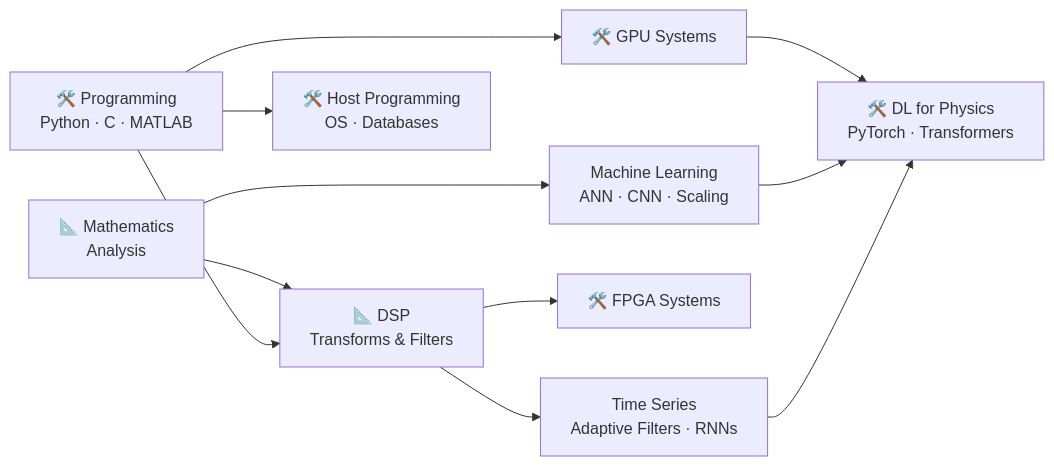
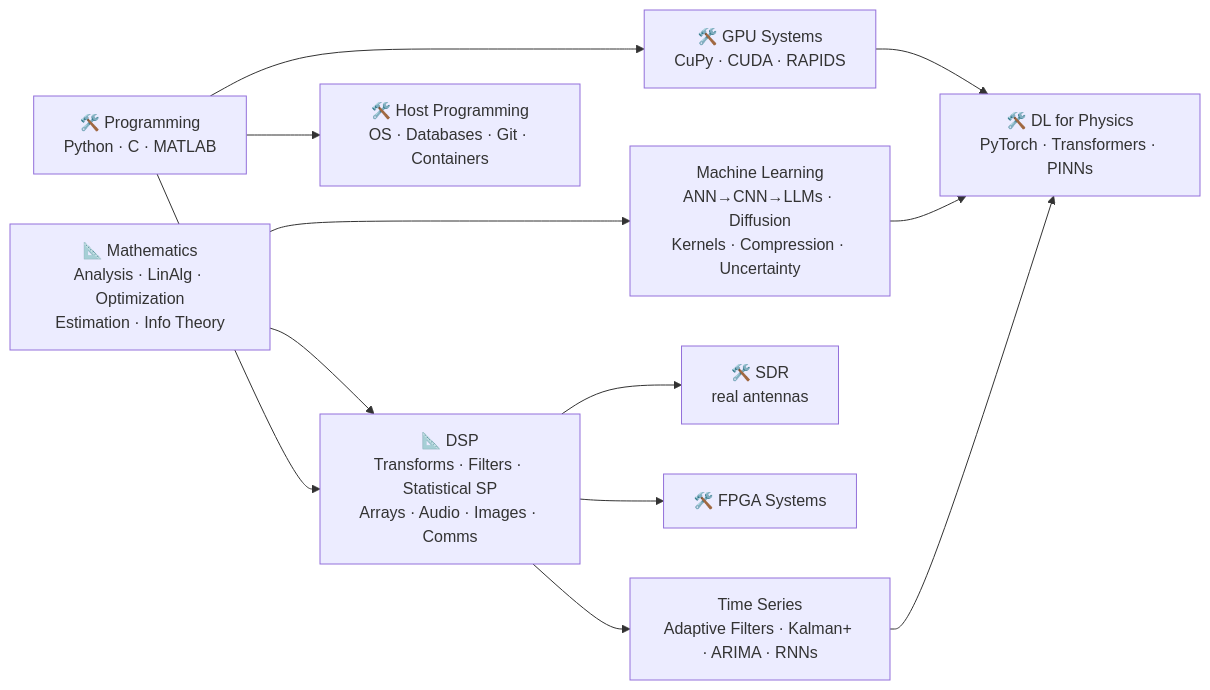
One commit to Jibby2k1/SPS_Curriculum changed the diagram in README.md. Above: the diagram before and after it, drawn with Mermaid. The commit also changed other lines of this file and 32 other files, not shown here.

First line of the commit message:
Complete the full roadmap: 24 new courses + structural reorgs + student blanks

````diff
--- a/README.md
+++ b/README.md
@@ -13,13 +13,14 @@
 ```mermaid
 flowchart LR
-    Math[📐 Mathematics<br>Analysis] --> DSP[📐 DSP<br>Transforms & Filters]
+    Math[📐 Mathematics<br>Analysis · LinAlg · Optimization<br>Estimation · Info Theory] --> DSP[📐 DSP<br>Transforms · Filters · Statistical SP<br>Arrays · Audio · Images · Comms]
     Prog[🛠️ Programming<br>Python · C · MATLAB] --> DSP
-    Prog --> Host[🛠️ Host Programming<br>OS · Databases]
-    Prog --> GPU[🛠️ GPU Systems]
-    DSP --> TS[Time Series<br>Adaptive Filters · RNNs]
+    Prog --> Host[🛠️ Host Programming<br>OS · Databases · Git · Containers]
+    Prog --> GPU[🛠️ GPU Systems<br>CuPy · CUDA · RAPIDS]
+    DSP --> TS[Time Series<br>Adaptive Filters · Kalman+ · ARIMA · RNNs]
+    DSP --> SDR[🛠️ SDR<br>real antennas]
     DSP --> FPGA[🛠️ FPGA Systems]
-    Math --> ML[Machine Learning<br>ANN · CNN · Scaling]
-    GPU --> DL[🛠️ DL for Physics<br>PyTorch · Transformers]
+    Math --> ML[Machine Learning<br>ANN→CNN→LLMs · Diffusion<br>Kernels · Compression · Uncertainty]
+    GPU --> DL[🛠️ DL for Physics<br>PyTorch · Transformers · PINNs]
     ML --> DL
     TS --> DL
 ```
````
